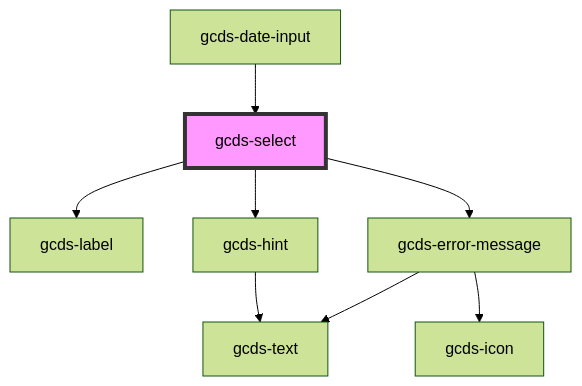
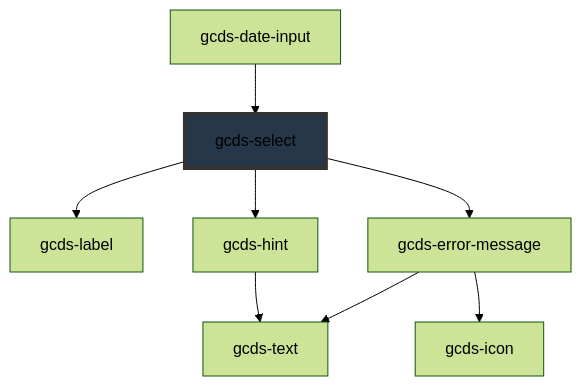
Before and after one commit to cds-snc/gcds-components: the diagram in packages/web/src/components/gcds-select/readme.md, drawn with Mermaid (forest theme). The commit also changed other lines of this file and 21 other files, not shown here.

````diff
--- a/packages/web/src/components/gcds-select/readme.md
+++ b/packages/web/src/components/gcds-select/readme.md
@@ -63,11 +63,11 @@
 ```mermaid
 graph TD;
   gcds-select --> gcds-label
   gcds-select --> gcds-hint
   gcds-select --> gcds-error-message
   gcds-hint --> gcds-text
   gcds-error-message --> gcds-text
   gcds-error-message --> gcds-icon
   gcds-date-input --> gcds-select
-  style gcds-select fill:#f9f,stroke:#333,stroke-width:4px
+  style gcds-select fill:#26374a,stroke:#333,stroke-width:4px
 ```
````
